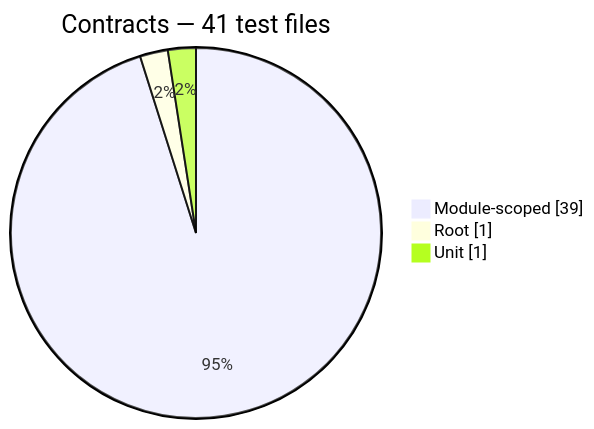
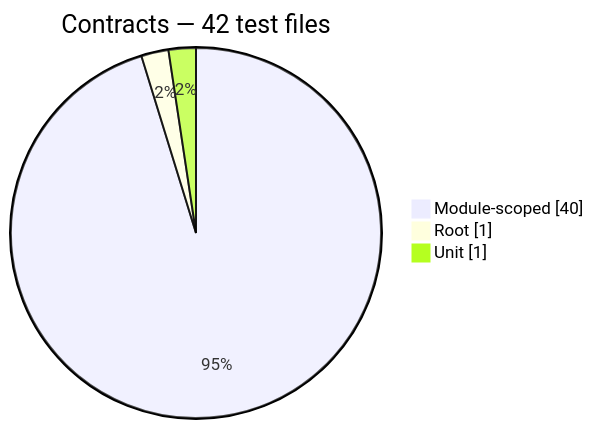
One commit to PHP-Arazzo/php-arazzo changed the first of 13 diagrams in docs/generated/test-composition.md. Above: the diagram before and after it, drawn with Mermaid. The commit also changed other lines of this file and 24 other files, not shown here.

````diff
--- a/docs/generated/test-composition.md
+++ b/docs/generated/test-composition.md
@@ -14,7 +14,7 @@
 ```mermaid
 pie showData
-    title Contracts — 41 test files
-    "Module-scoped": 39
+    title Contracts — 42 test files
+    "Module-scoped": 40
     "Root": 1
     "Unit": 1
 ```
````
